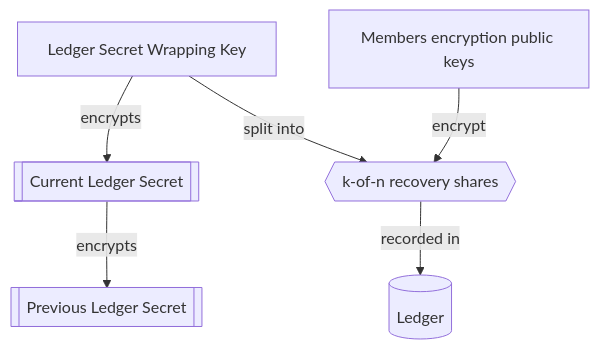
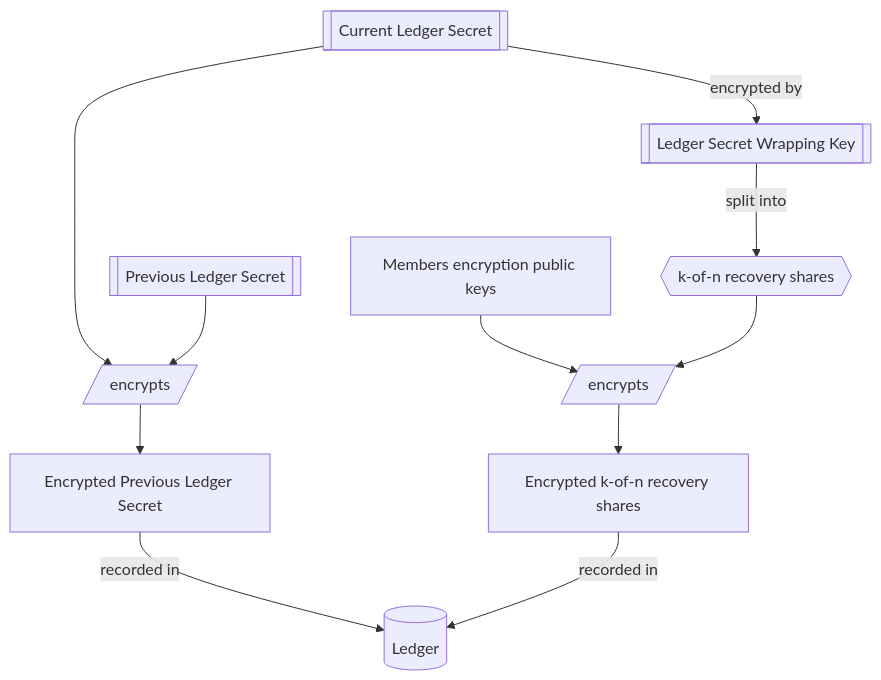
One commit to microsoft/CCF changed the second of 2 diagrams in doc/overview/cryptography.rst. Above: the diagram before and after it, drawn with Mermaid. The commit also changed other lines of this file, not shown here.

```diff
--- a/doc/overview/cryptography.rst
+++ b/doc/overview/cryptography.rst
@@ -56,8 +56,11 @@
 .. mermaid::
 
     flowchart TB
-        A[Ledger Secret Wrapping Key] -- encrypts --> B[[Current Ledger Secret]]
-        A[Ledger Secret Wrapping Key] -- split into --> C{{k-of-n recovery shares}}
-        D[Members encryption public keys] -- encrypt --> C{{k-of-n recovery shares}}
-        C{{k-of-n recovery shares}} -- recorded in --> L[(Ledger)]
-        B[[Current Ledger Secret]] -- encrypts --> E[[Previous Ledger Secret]]
+        B[[Current Ledger Secret]] -- encrypted by --> A[[Ledger Secret Wrapping Key]]
+        B[[Current Ledger Secret]] --> H[/encrypts/]
+        E[[Previous Ledger Secret]] --> H[/encrypts/] --> I[Encrypted Previous Ledger Secret]
+        I[Encrypted Previous Ledger Secret] -- recorded in --> L[(Ledger)]
+        A[[Ledger Secret Wrapping Key]] -- split into --> C{{k-of-n recovery shares}}
+        D[Members encryption public keys] --> F[/encrypts/]
+        C{{k-of-n recovery shares}} --> F[/encrypts/] --> G[Encrypted k-of-n recovery shares]
+        G[Encrypted k-of-n recovery shares] -- recorded in --> L[(Ledger)]
```
